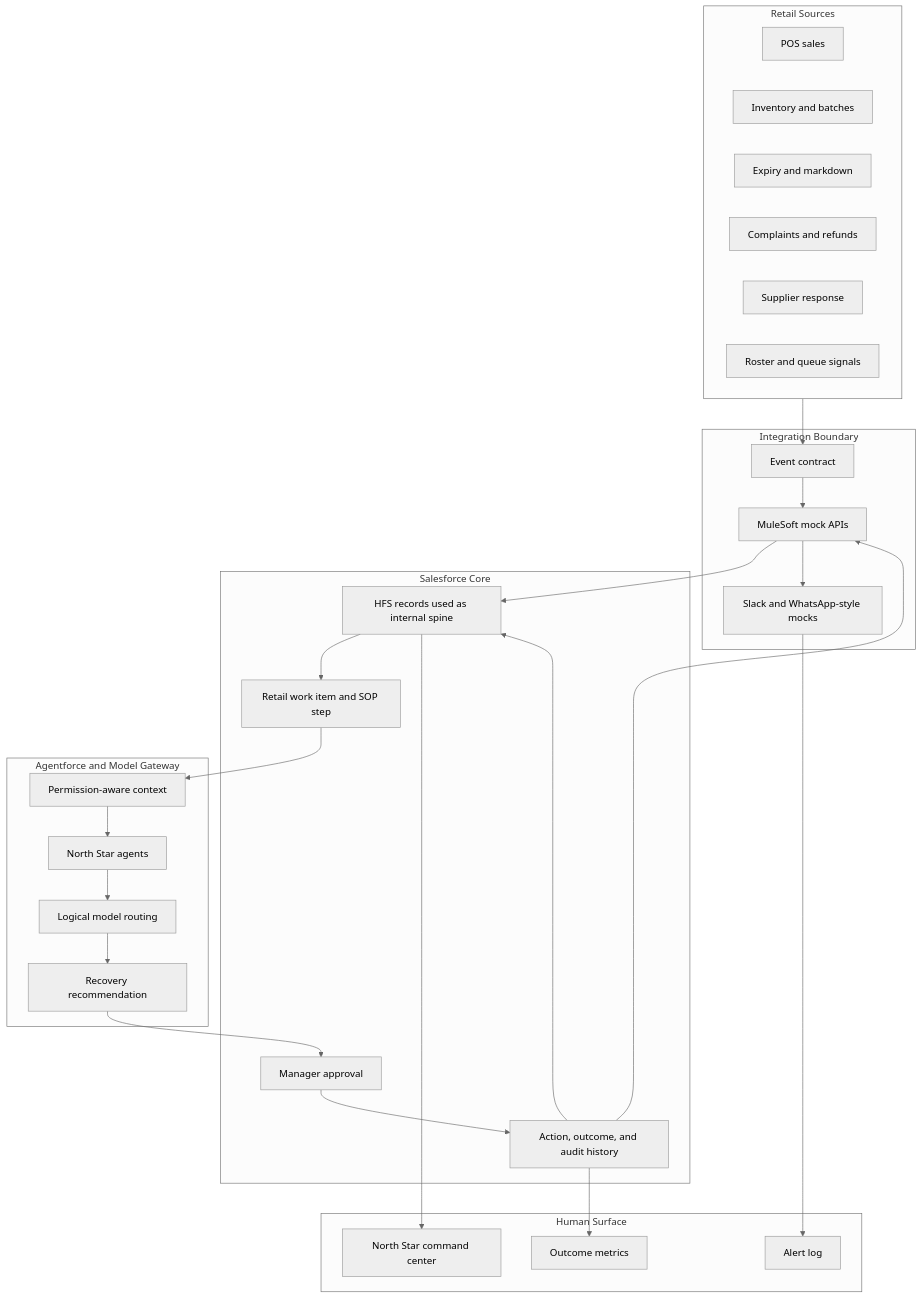
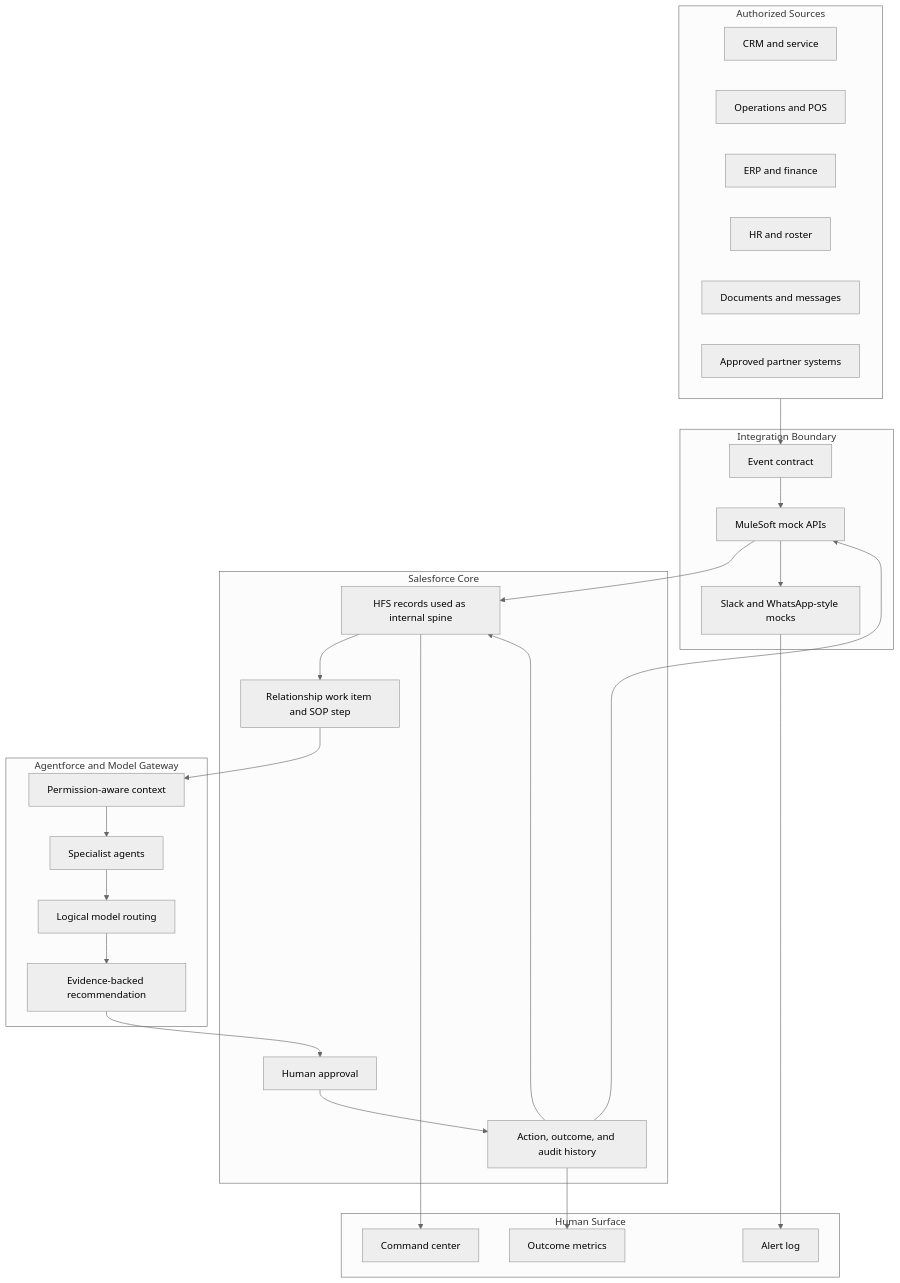
One commit to freeapikeys/HackathonSalesforce changed the second of 2 diagrams in docs/architecture.md. Above: the diagram before and after it, drawn with Mermaid (neutral theme). The commit also changed other lines of this file and 6 other files, not shown here.

````diff
--- a/docs/architecture.md
+++ b/docs/architecture.md
@@ -45,47 +45,47 @@
 ```mermaid
 flowchart TB
-    subgraph RetailSources["Retail Sources"]
-        POS["POS sales"]
-        INV["Inventory and batches"]
-        EXP["Expiry and markdown"]
-        COMP["Complaints and refunds"]
-        SUP["Supplier response"]
-        ROSTER["Roster and queue signals"]
+    subgraph Sources["Authorized Sources"]
+        CRM["CRM and service"]
+        OPS["Operations and POS"]
+        ERP["ERP and finance"]
+        HR["HR and roster"]
+        DOCS["Documents and messages"]
+        EXT["Approved partner systems"]
     end
 
     subgraph Integration["Integration Boundary"]
         EVENTS["Event contract"]
         MULE["MuleSoft mock APIs"]
         CHANNELS["Slack and WhatsApp-style mocks"]
     end
 
     subgraph Salesforce["Salesforce Core"]
         RECORDS["HFS records used as internal spine"]
-        WORK["Retail work item and SOP step"]
-        APPROVAL["Manager approval"]
+        WORK["Relationship work item and SOP step"]
+        APPROVAL["Human approval"]
         AUDIT["Action, outcome, and audit history"]
     end
 
     subgraph Intelligence["Agentforce and Model Gateway"]
         CONTEXT["Permission-aware context"]
         ROUTER["Logical model routing"]
-        AGENT["North Star agents"]
-        REC["Recovery recommendation"]
+        AGENT["Specialist agents"]
+        REC["Evidence-backed recommendation"]
     end
 
     subgraph UI["Human Surface"]
-        LWC["North Star command center"]
+        LWC["Command center"]
         ALERTS["Alert log"]
         METRICS["Outcome metrics"]
     end
 
-    RetailSources --> EVENTS --> MULE --> RECORDS
+    Sources --> EVENTS --> MULE --> RECORDS
     RECORDS --> WORK --> CONTEXT --> AGENT
     AGENT --> ROUTER --> REC --> APPROVAL
     APPROVAL --> AUDIT
     AUDIT --> MULE --> CHANNELS
     AUDIT --> RECORDS
     RECORDS --> LWC
     CHANNELS --> ALERTS
     AUDIT --> METRICS
 ```
````
